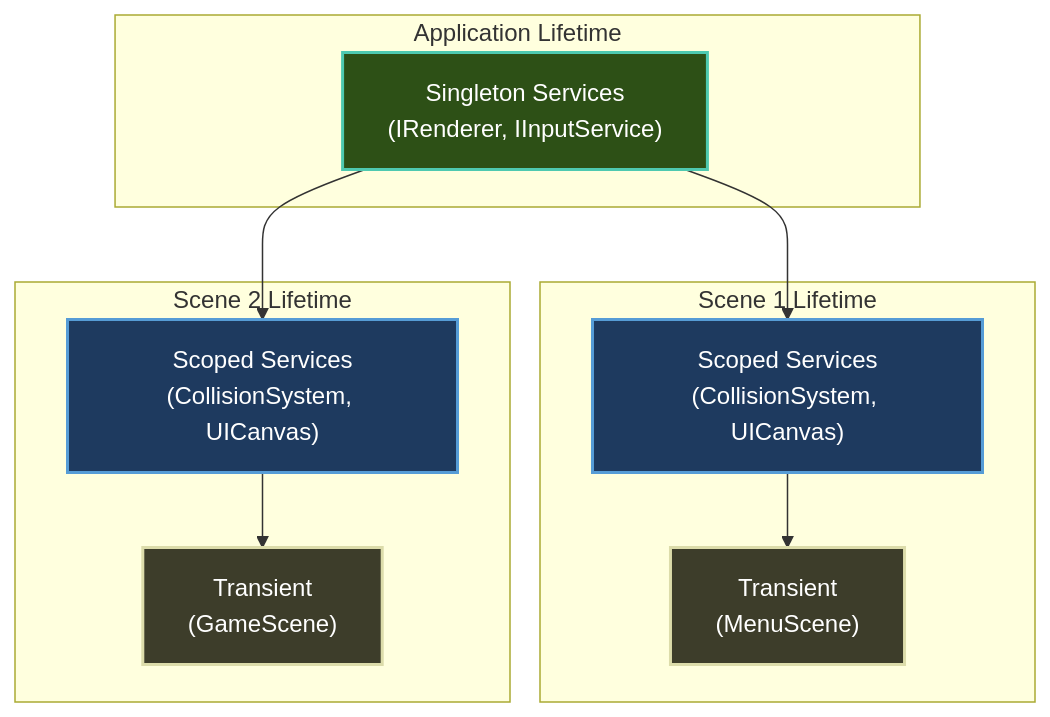
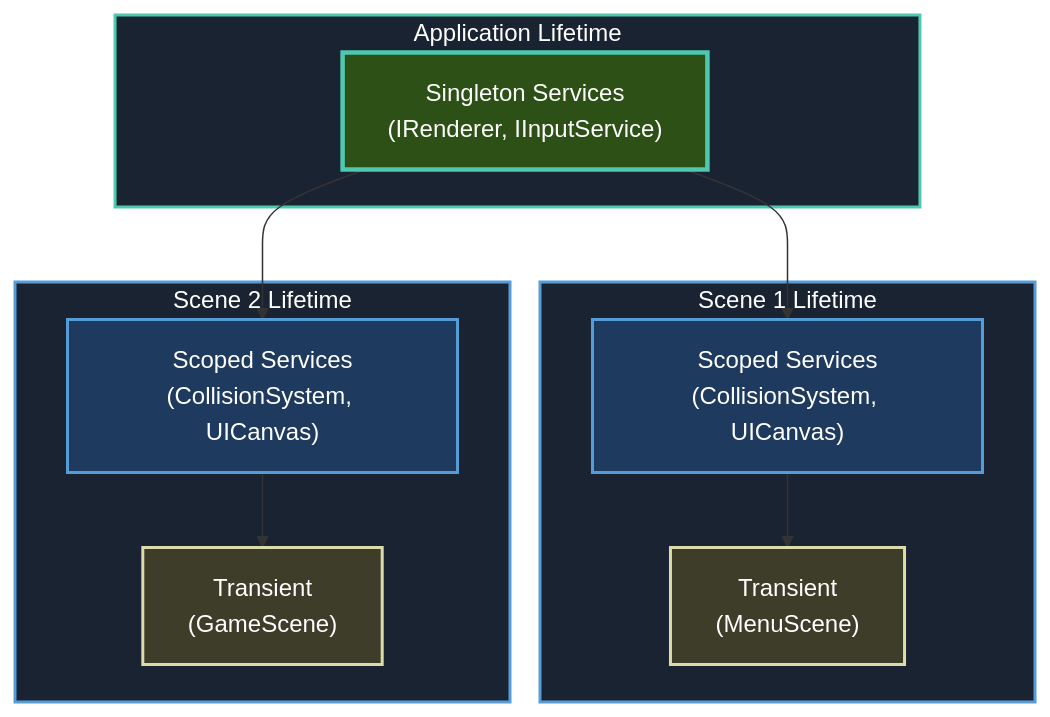
One commit to CrazyPickleStudios/Brine2D-Documentation changed the second of 2 diagrams in docs/concepts/dependency-injection.md. Above: the diagram before and after it, drawn with Mermaid. The commit also changed other lines of this file and 17 other files, not shown here.

````diff
--- a/docs/concepts/dependency-injection.md
+++ b/docs/concepts/dependency-injection.md
@@ -49,27 +49,30 @@
 ```mermaid
 graph TD
-    subgraph "Application Lifetime"
+    subgraph APP["Application Lifetime"]
         SINGLETON["Singleton Services<br/>(IRenderer, IInputService)"]
     end
     
-    subgraph "Scene 1 Lifetime"
+    subgraph S1["Scene 1 Lifetime"]
         SCOPED1["Scoped Services<br/>(CollisionSystem, UICanvas)"]
         TRANSIENT1["Transient<br/>(MenuScene)"]
     end
     
-    subgraph "Scene 2 Lifetime"
+    subgraph S2["Scene 2 Lifetime"]
         SCOPED2["Scoped Services<br/>(CollisionSystem, UICanvas)"]
         TRANSIENT2["Transient<br/>(GameScene)"]
     end
     
     SINGLETON --> SCOPED1
     SINGLETON --> SCOPED2
     SCOPED1 --> TRANSIENT1
     SCOPED2 --> TRANSIENT2
 
-    style SINGLETON fill:#2d5016,stroke:#4ec9b0,stroke-width:2px,color:#fff
-style SCOPED1 fill:#1e3a5f,stroke:#569cd6,stroke-width:2px,color:#fff
-style SCOPED2 fill:#1e3a5f,stroke:#569cd6,stroke-width:2px,color:#fff
-style TRANSIENT1 fill:#3d3d2a,stroke:#dcdcaa,stroke-width:2px,color:#fff
-style TRANSIENT2 fill:#3d3d2a,stroke:#dcdcaa,stroke-width:2px,color:#fff
+    style SINGLETON fill:#2d5016,stroke:#4ec9b0,stroke-width:3px,color:#fff
+    style SCOPED1 fill:#1e3a5f,stroke:#569cd6,stroke-width:2px,color:#fff
+    style SCOPED2 fill:#1e3a5f,stroke:#569cd6,stroke-width:2px,color:#fff
+    style TRANSIENT1 fill:#3d3d2a,stroke:#dcdcaa,stroke-width:2px,color:#fff
+    style TRANSIENT2 fill:#3d3d2a,stroke:#dcdcaa,stroke-width:2px,color:#fff
+    style APP fill:#1a2332,stroke:#4ec9b0,stroke-width:2px,color:#fff
+    style S1 fill:#1a2332,stroke:#569cd6,stroke-width:2px,color:#fff
+    style S2 fill:#1a2332,stroke:#569cd6,stroke-width:2px,color:#fff
 ```
````
